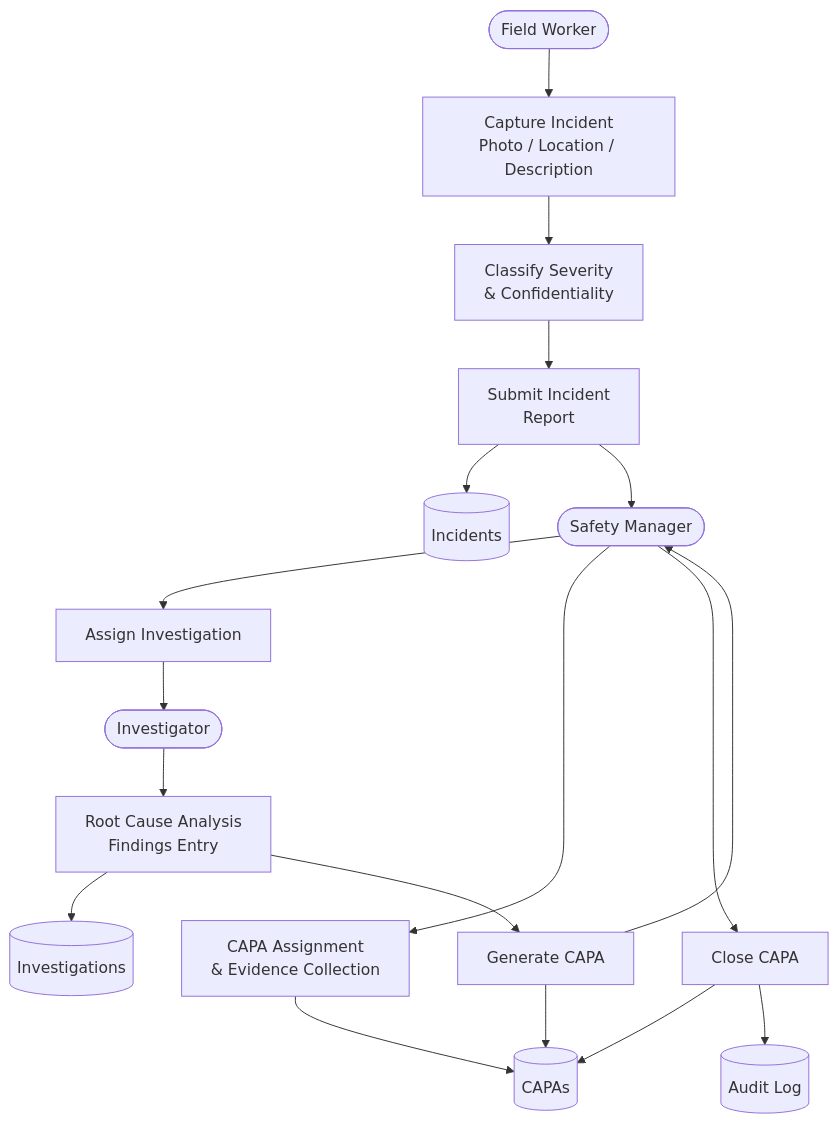
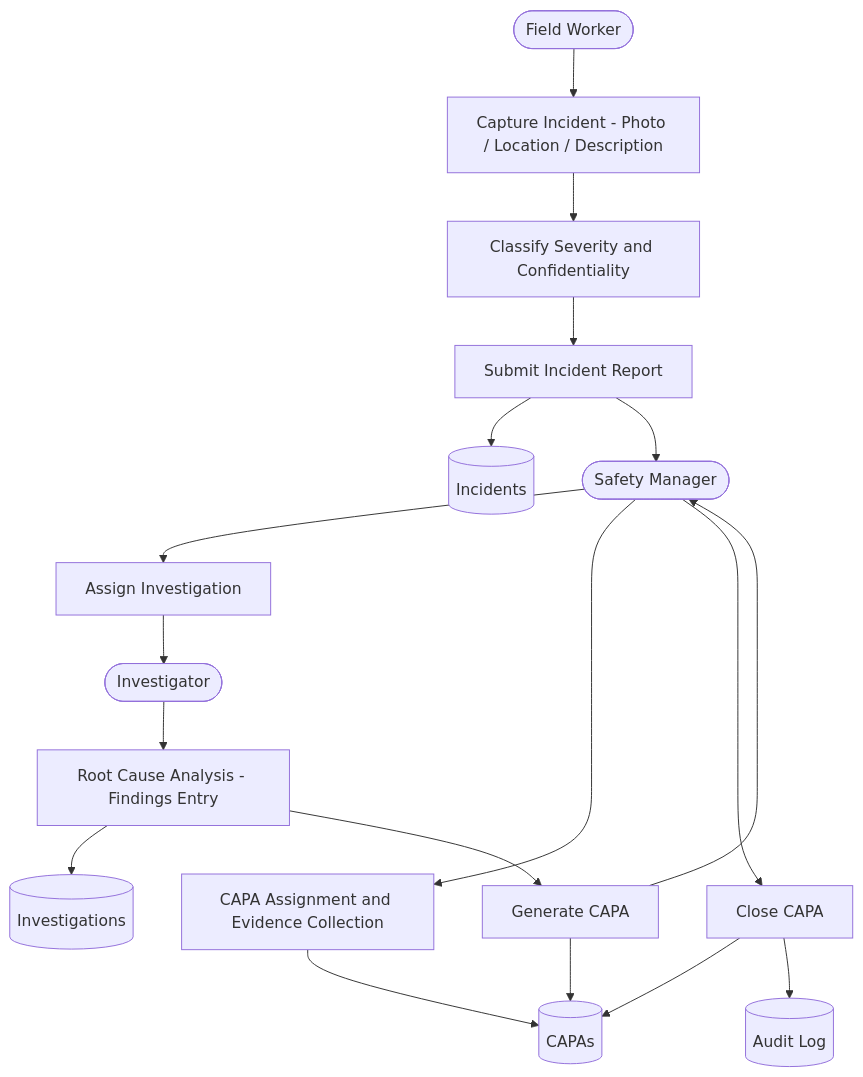
The fifth of 5 diagrams in docs/diagrams/data_flow_diagram.md (Nandan222001/health_smart_engage), drawn with Mermaid before and after one commit. The commit also changed other lines of this file and 15 other files, not shown here.

First line of the commit message:
fix: repair Mermaid rendering errors across all diagram files

````diff
--- a/docs/diagrams/data_flow_diagram.md
+++ b/docs/diagrams/data_flow_diagram.md
@@ -193,41 +237,41 @@
 ```mermaid
 flowchart TD
     FW([Field Worker])
     SM([Safety Manager])
     INV([Investigator])
 
-    I1[Capture Incident\nPhoto / Location / Description]
-    I2[Classify Severity\n& Confidentiality]
-    I3[Submit Incident\nReport]
+    I1[Capture Incident - Photo / Location / Description]
+    I2[Classify Severity and Confidentiality]
+    I3[Submit Incident Report]
     I4[Assign Investigation]
-    I5[Root Cause Analysis\nFindings Entry]
+    I5[Root Cause Analysis - Findings Entry]
     I6[Generate CAPA]
-    I7[CAPA Assignment\n& Evidence Collection]
+    I7[CAPA Assignment and Evidence Collection]
     I8[Close CAPA]
 
     DS_INC[(Incidents)]
     DS_INV[(Investigations)]
     DS_CAPA[(CAPAs)]
     DS_LOG[(Audit Log)]
 
     FW --> I1 --> I2 --> I3
     I3 --> DS_INC
     I3 --> SM
 
     SM --> I4
     I4 --> INV
 
     INV --> I5
     I5 --> DS_INV
     I5 --> I6
 
     I6 --> DS_CAPA
     I6 --> SM
 
     SM --> I7
     I7 --> DS_CAPA
 
     SM --> I8
     I8 --> DS_CAPA
     I8 --> DS_LOG
 ```
````
